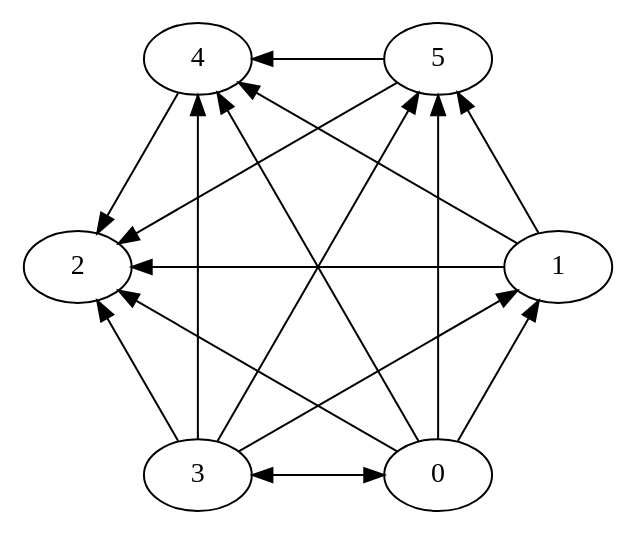
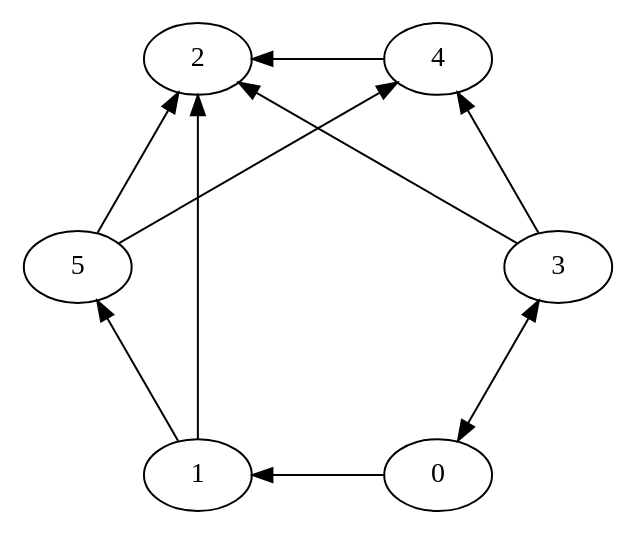
One commit to tomasel/tutorato-programmazione1 changed the diagram in 12-04/graph.dot. Above: the diagram before and after it, drawn with Graphviz. The commit also changed 3 other files, not shown here.

```diff
--- a/12-04/graph.dot
+++ b/12-04/graph.dot
@@ -1,10 +1,10 @@
 digraph {
   layout = circo
   
-  0 -> {1 2 4 5}
+  0 -> 1
   0 -> 3 [dir = both]
-  1 -> {2 4 5}
-  3 -> {1 2 4 5}
+  1 -> {2 5}
+  3 -> {2 4}
   4 -> {2}
   5 -> {2 4}
 }
```
